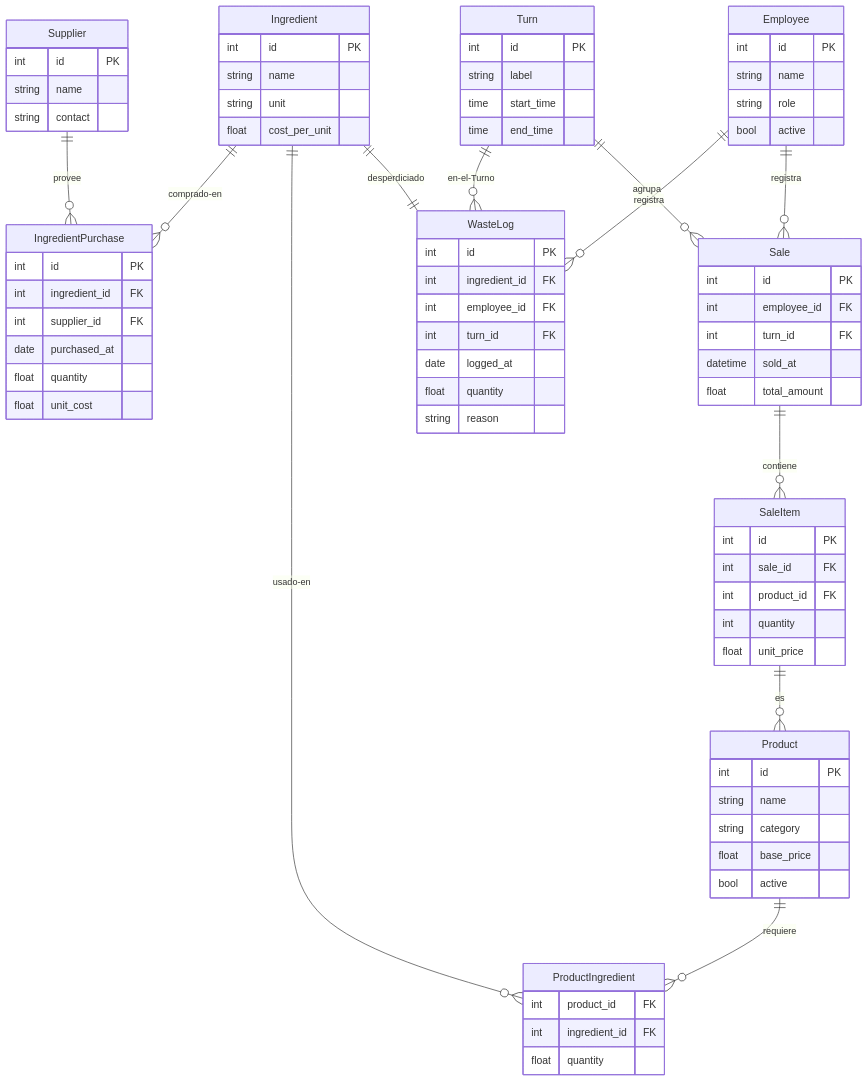
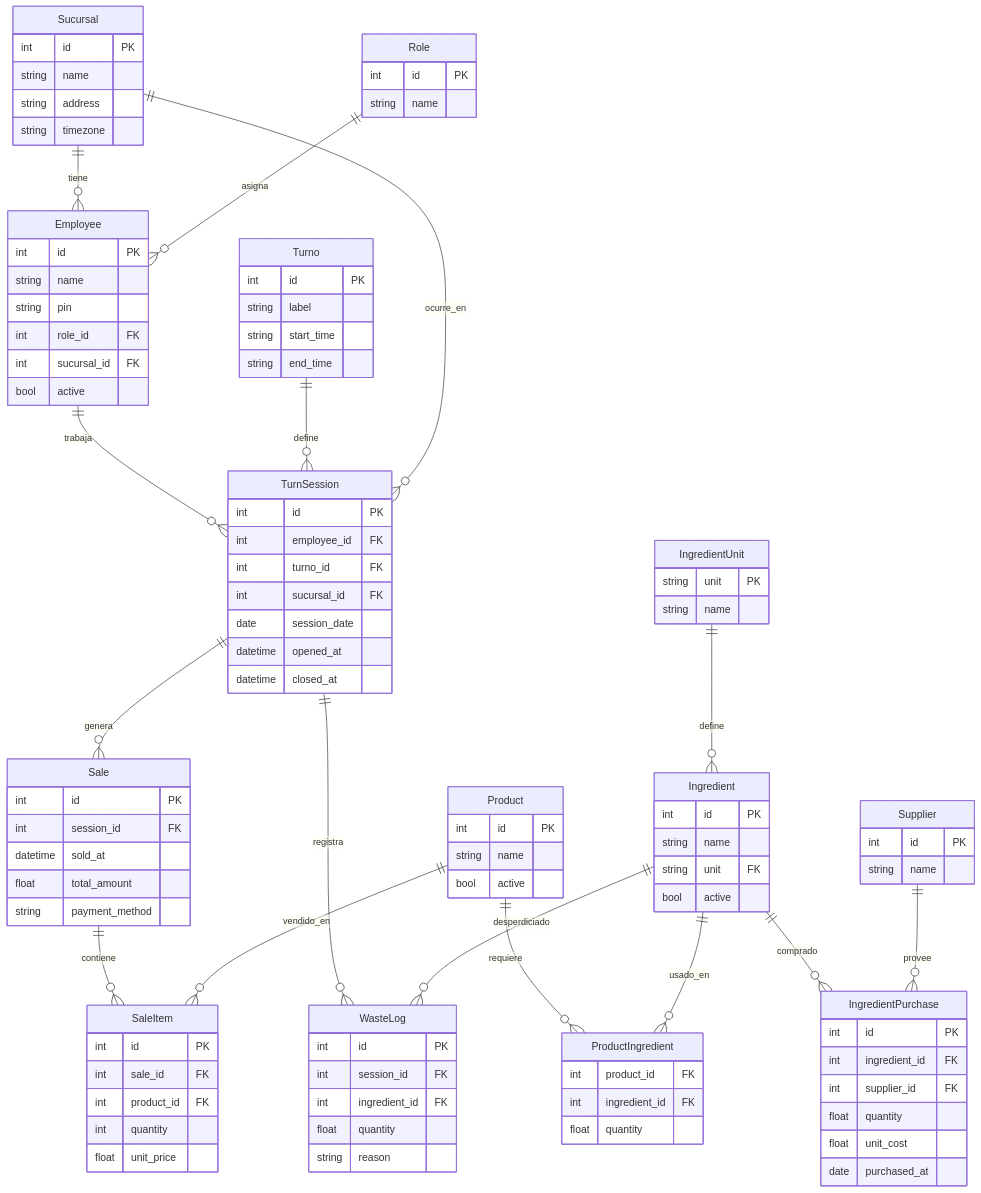
One commit to Arustico/coffee-kpi-dashboard changed the diagram in doc/doc-modelo-datos.md. Above: the diagram before and after it, drawn with Mermaid. The commit also changed other lines of this file, not shown here.

Commit message:
Mejora el ERD y tablas que construyen la lógica de la APP

````diff
--- a/doc/doc-modelo-datos.md
+++ b/doc/doc-modelo-datos.md
@@ -71,68 +89,76 @@
 ```mermaid
 erDiagram
+
+    Sucursal ||--o{ Employee : tiene
+    Role ||--o{ Employee : asigna
+
+    Employee ||--o{ TurnSession : trabaja
+    Turno ||--o{ TurnSession : define
+    Sucursal ||--o{ TurnSession : ocurre_en
+
+    TurnSession ||--o{ Sale : genera
+    Sale ||--o{ SaleItem : contiene
+
+    Product ||--o{ SaleItem : vendido_en
+    Product ||--o{ ProductIngredient : requiere
+    Ingredient ||--o{ ProductIngredient : usado_en
+
+    Ingredient ||--o{ IngredientPurchase : comprado
     Supplier ||--o{ IngredientPurchase : provee
-    Supplier {
+
+    TurnSession ||--o{ WasteLog : registra
+    Ingredient ||--o{ WasteLog : desperdiciado
+
+    IngredientUnit ||--o{ Ingredient : define
+
+    %% Tablas
+
+    Sucursal {
         int id PK
         string name
-        string contact
+        string address
+        string timezone
     }
-    Ingredient ||--o{ IngredientPurchase : comprado-en
-    Ingredient ||--o{ ProductIngredient : usado-en
-    Ingredient ||--|| WasteLog : desperdiciado
-    Ingredient {
+
+    Role {
         int id PK
         string name
-        string unit
-        float cost_per_unit
     }
-    
-    Turn ||--o{ WasteLog : en-el-Turno
-    Turn ||--o{ Sale : agrupa
-    Turn {
-        int id PK
-        string label
-        time start_time
-        time end_time
-    }
-    
-    Employee ||--o{ WasteLog : registra
-    Employee ||--o{ Sale : registra
+
     Employee {
         int id PK
         string name
-        string role
+        string pin
+        int role_id FK
+        int sucursal_id FK
         bool active
     }
-    
-    IngredientPurchase {
+
+    Turno {
         int id PK
-        int ingredient_id FK
-        int supplier_id FK
-        date purchased_at
-        float quantity
-        float unit_cost    
+        string label
+        string start_time
+        string end_time
     }
-    
-    WasteLog {
+
+    TurnSession {
         int id PK
-        int ingredient_id FK
         int employee_id FK
-        int turn_id FK
-        date logged_at 
-        float quantity
-        string reason
+        int turno_id FK
+        int sucursal_id FK
+        date session_date
+        datetime opened_at
+        datetime closed_at
     }
-    
-    Sale ||--o{ SaleItem : contiene
+
     Sale {
         int id PK
-        int employee_id FK
-        int turn_id FK
+        int session_id FK
         datetime sold_at
         float total_amount
+        string payment_method
     }
-    
-    SaleItem ||--o{ Product : es
+
     SaleItem {
         int id PK
         int sale_id FK
@@ -140,20 +166,50 @@
         int quantity
         float unit_price
     }
-    
-    Product ||--o{ ProductIngredient : requiere
-    Product{
+
+    Product {
         int id PK
         string name
-        string category
-        float base_price
         bool active
     }
-    
-    ProductIngredient{
+
+    ProductIngredient {
         int product_id FK
         int ingredient_id FK
-        float quantity    
+        float quantity
     }
 
+    Ingredient {
+        int id PK
+        string name
+        string unit FK
+        bool active
+    }
+
+    IngredientUnit {
+        string unit PK
+        string name
+    }
+
+    Supplier {
+        int id PK
+        string name
+    }
+
+    IngredientPurchase {
+        int id PK
+        int ingredient_id FK
+        int supplier_id FK
+        float quantity
+        float unit_cost
+        date purchased_at
+    }
+
+    WasteLog {
+        int id PK
+        int session_id FK
+        int ingredient_id FK
+        float quantity
+        string reason
+    }
 ```
````
